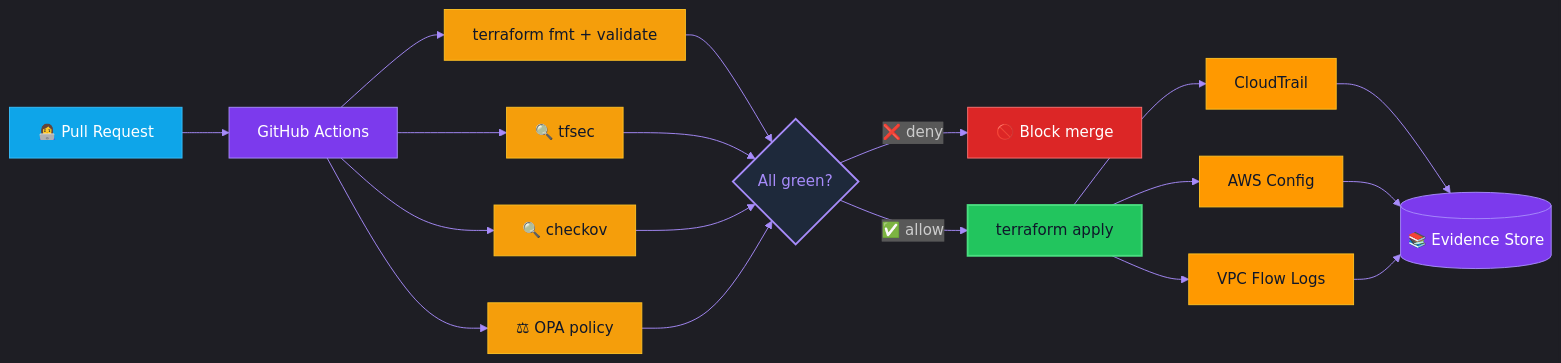
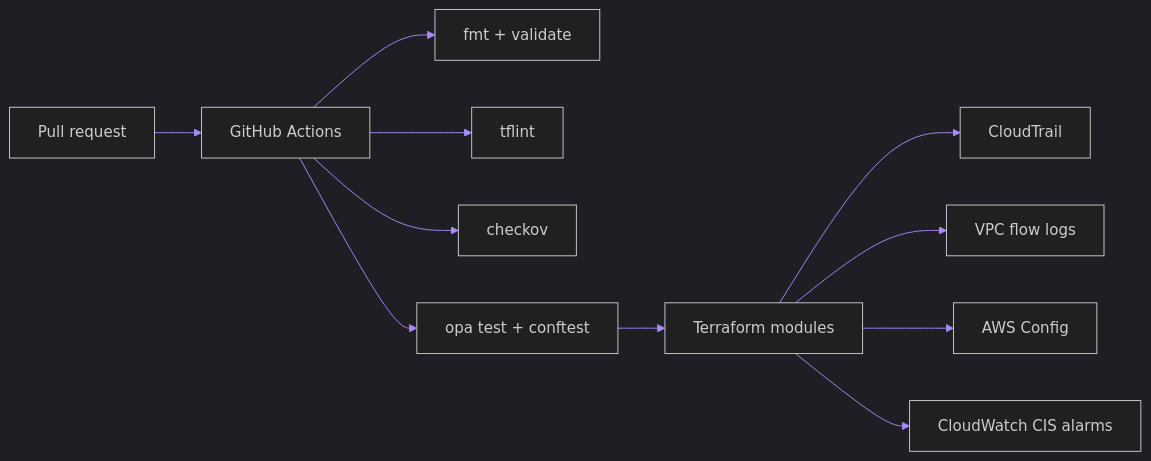
Before and after one commit to lloredia/lloredia: the second of 7 diagrams in README.md, drawn with Mermaid. The commit also changed other lines of this file, not shown here.

````diff
--- a/README.md
+++ b/README.md
@@ -535,29 +344,14 @@
 ```mermaid
 %%{init: {'theme':'dark','themeVariables':{'primaryColor':'#1E293B','primaryTextColor':'#E2E8F0','primaryBorderColor':'#7C3AED','lineColor':'#A78BFA','fontFamily':'Fira Code'}}}%%
 flowchart LR
-    DEV["👩‍💻 Pull Request"]:::dev --> GHA["GitHub Actions"]:::ci
-    GHA --> FMT["terraform fmt + validate"]:::scan
-    GHA --> TFSEC["🔍 tfsec"]:::scan
-    GHA --> CKV["🔍 checkov"]:::scan
-    GHA --> POL["⚖ OPA policy"]:::scan
-    FMT --> GATE{"All green?"}:::gate
-    TFSEC --> GATE
-    CKV --> GATE
-    POL --> GATE
-    GATE -- "❌ deny" --> BLOCK["🚫 Block merge"]:::deny
-    GATE -- "✅ allow" --> APPLY["terraform apply"]:::apply
-    APPLY --> CT["CloudTrail"]:::aws
-    APPLY --> CFG["AWS Config"]:::aws
-    APPLY --> VPCFL["VPC Flow Logs"]:::aws
-    CT --> EVID[("📚 Evidence Store")]:::data
-    CFG --> EVID
-    VPCFL --> EVID
-    classDef dev fill:#0EA5E9,stroke:#38BDF8,color:#fff
-    classDef ci fill:#7C3AED,stroke:#A78BFA,color:#fff
-    classDef scan fill:#F59E0B,stroke:#FBBF24,color:#0F172A
-    classDef gate fill:#1E293B,stroke:#A78BFA,color:#A78BFA,stroke-width:2px
-    classDef deny fill:#DC2626,stroke:#F87171,color:#fff
-    classDef apply fill:#22C55E,stroke:#4ADE80,color:#0F172A,stroke-width:2px
-    classDef aws fill:#FF9900,stroke:#FBBF24,color:#0F172A
-    classDef data fill:#7C3AED,stroke:#A78BFA,color:#fff
+    PR["Pull request"] --> GHA["GitHub Actions"]
+    GHA --> FMT["fmt + validate"]
+    GHA --> TL["tflint"]
+    GHA --> CK["checkov"]
+    GHA --> OPA["opa test + conftest"]
+    OPA --> STACK["Terraform modules"]
+    STACK --> CT["CloudTrail"]
+    STACK --> FL["VPC flow logs"]
+    STACK --> CFG["AWS Config"]
+    STACK --> AL["CloudWatch CIS alarms"]
 ```
````
